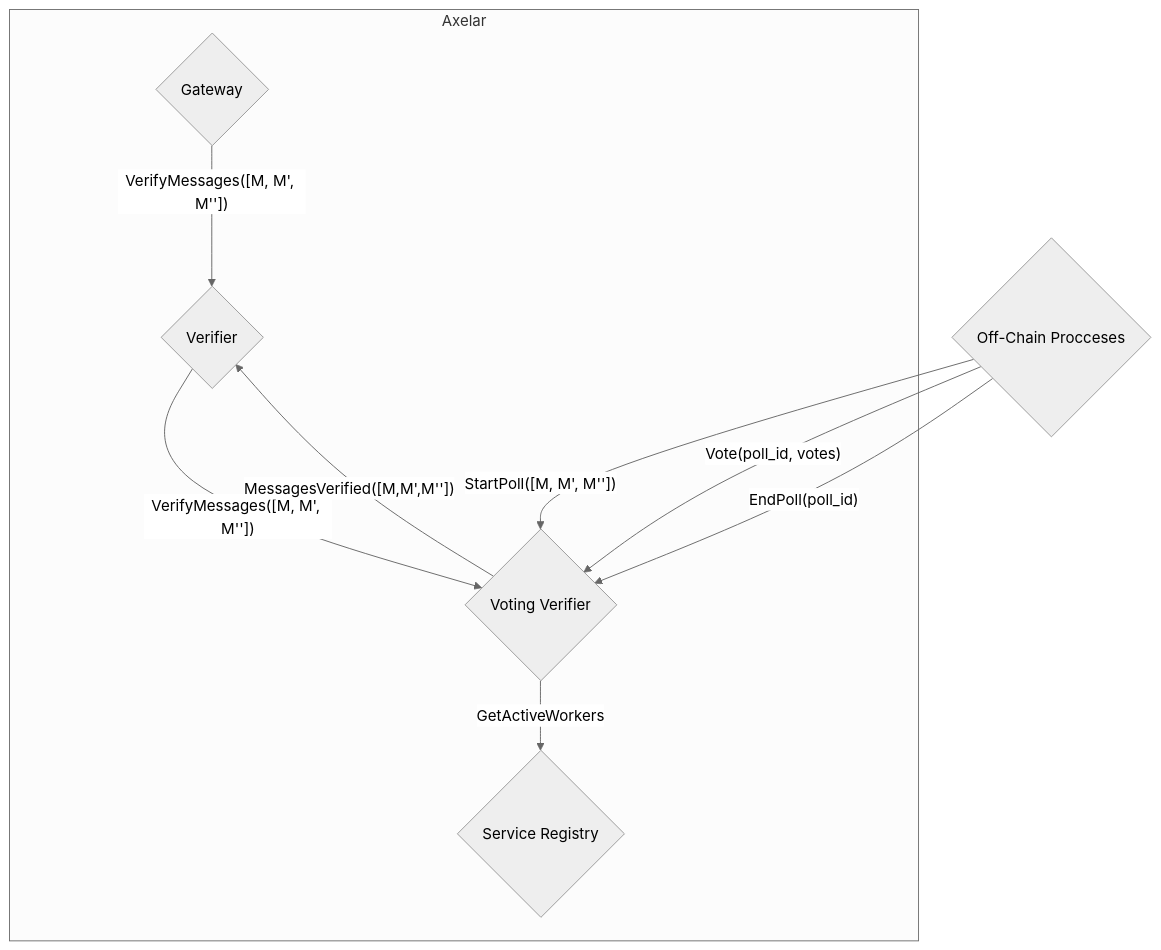
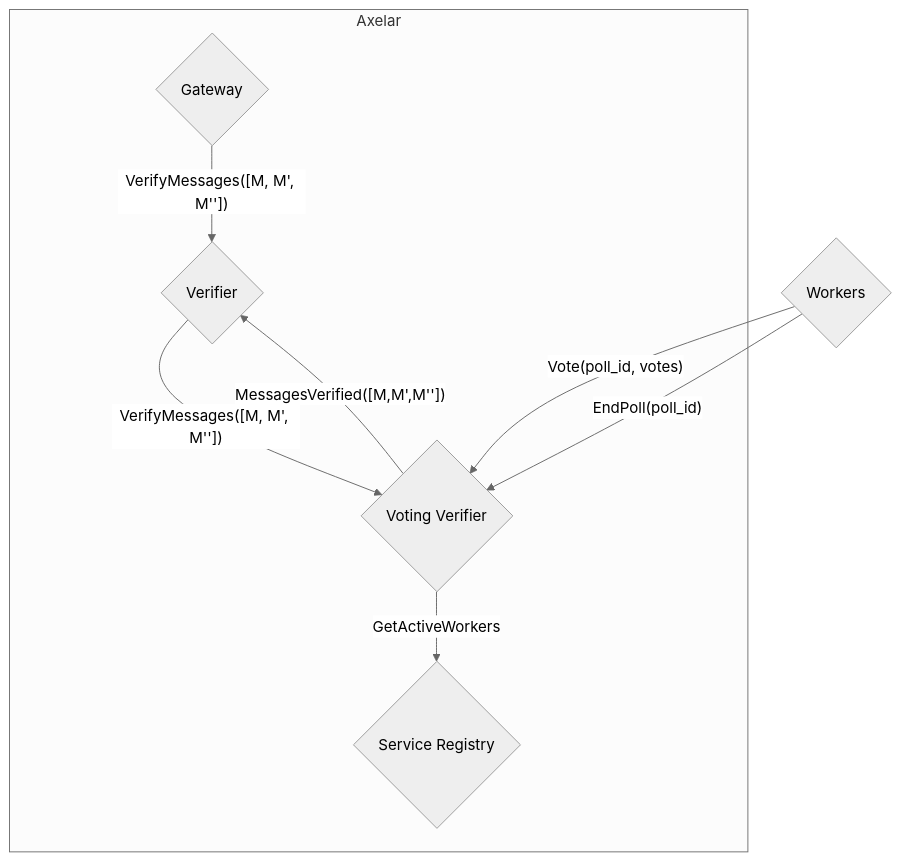
Before and after one commit to axelarnetwork/axelar-amplifier: the first of 2 diagrams in doc/src/contracts/voting_verifier.md, drawn with Mermaid (neutral theme). The commit also changed other lines of this file, not shown here.

````diff
--- a/doc/src/contracts/voting_verifier.md
+++ b/doc/src/contracts/voting_verifier.md
@@ -11,19 +13,18 @@
 ```mermaid
 flowchart TD
 subgraph Axelar
     G{"Gateway"}
     Vr{"Voting Verifier"}
     V{"Verifier"}
     R{"Service Registry"}
 end
-OC{"Off-Chain Procceses"}
+OC{"Workers"}
 
 G--"VerifyMessages([M, M', M''])"-->V
 V--"VerifyMessages([M, M', M''])"-->Vr
-OC --"StartPoll([M, M', M''])"-->Vr
 Vr--"GetActiveWorkers"-->R
 OC--"Vote(poll_id, votes)"-->Vr
 OC--"EndPoll(poll_id)"-->Vr
 Vr--"MessagesVerified([M,M',M''])"-->V
 
 ```
````
